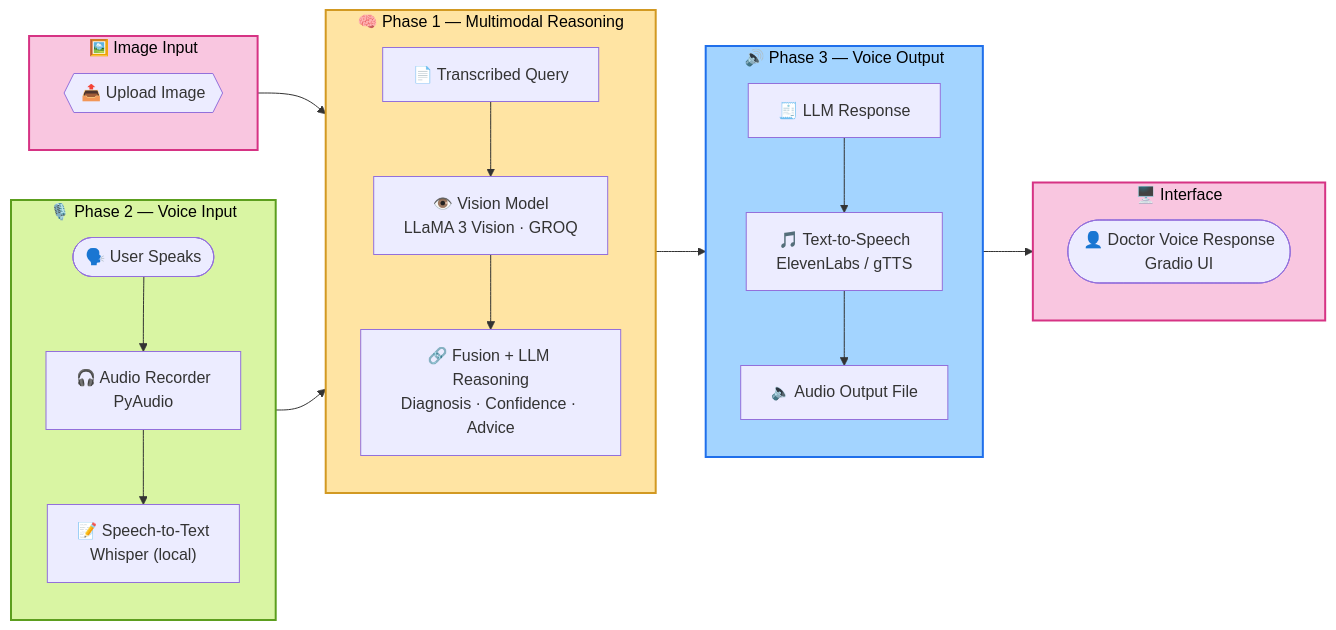
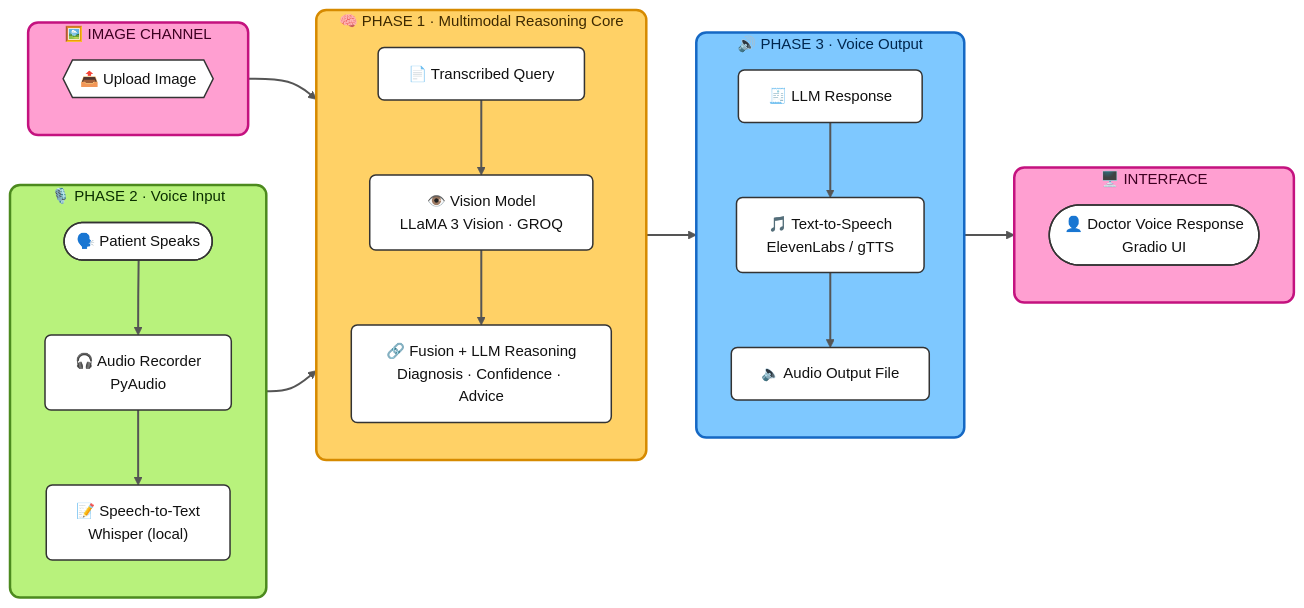
Before and after one commit to MirAb-77/VITA-Multimodal-Clinical-Decision-Support-Assistant-: the diagram in README.md, drawn with Mermaid. The commit also changed other lines of this file, not shown here.

````diff
--- a/README.md
+++ b/README.md
@@ -57,41 +50,52 @@
 ```mermaid
+%%{init: {'theme': 'base', 'themeVariables': { 'fontFamily': 'Segoe UI, sans-serif', 'fontSize': '15px'}}}%%
 flowchart LR
-    subgraph P2["🎙️ Phase 2 — Voice Input"]
+    subgraph P2["🎙️ PHASE 2 · Voice Input"]
         direction TB
-        A1(["🗣️ User Speaks"]) --> A2["🎧 Audio Recorder<br/>PyAudio"]
+        A1(["🗣️ Patient Speaks"]) --> A2["🎧 Audio Recorder<br/>PyAudio"]
         A2 --> A3["📝 Speech-to-Text<br/>Whisper (local)"]
     end
 
-    subgraph P4["🖼️ Image Input"]
+    subgraph P4["🖼️ IMAGE CHANNEL"]
         direction TB
         B1{{"📤 Upload Image"}}
     end
 
-    subgraph P1["🧠 Phase 1 — Multimodal Reasoning"]
+    subgraph P1["🧠 PHASE 1 · Multimodal Reasoning Core"]
         direction TB
         C1["📄 Transcribed Query"] --> C2["👁️ Vision Model<br/>LLaMA 3 Vision · GROQ"]
         C2 --> C3["🔗 Fusion + LLM Reasoning<br/>Diagnosis · Confidence · Advice"]
     end
 
-    subgraph P3["🔊 Phase 3 — Voice Output"]
+    subgraph P3["🔊 PHASE 3 · Voice Output"]
         direction TB
         D1["🧾 LLM Response"] --> D2["🎵 Text-to-Speech<br/>ElevenLabs / gTTS"]
         D2 --> D3["🔈 Audio Output File"]
     end
 
-    subgraph P5["🖥️ Interface"]
+    subgraph P5["🖥️ INTERFACE"]
         direction TB
         E1(["👤 Doctor Voice Response<br/>Gradio UI"])
     end
 
     A3 --> C1
     B1 --> C2
     C3 --> D1
     D3 --> E1
 
-    style P1 fill:#FFE4A3,stroke:#D29922,stroke-width:2px,color:#000
-    style P2 fill:#D9F5A3,stroke:#5C9E1E,stroke-width:2px,color:#000
-    style P3 fill:#A3D4FF,stroke:#1F6FEB,stroke-width:2px,color:#000
-    style P4 fill:#F9C6E0,stroke:#D63384,stroke-width:2px,color:#000
-    style P5 fill:#F9C6E0,stroke:#D63384,stroke-width:2px,color:#000
+    classDef phase2 fill:#B8F27C,stroke:#4C8A1E,stroke-width:2.5px,color:#0a2e00,rx:10,ry:10
+    classDef phase4 fill:#FF9FD1,stroke:#C4127F,stroke-width:2.5px,color:#3d0021,rx:10,ry:10
+    classDef phase1 fill:#FFD166,stroke:#D68A00,stroke-width:2.5px,color:#3d2900,rx:10,ry:10
+    classDef phase3 fill:#7EC8FF,stroke:#1568C4,stroke-width:2.5px,color:#00264d,rx:10,ry:10
+    classDef phase5 fill:#FF9FD1,stroke:#C4127F,stroke-width:2.5px,color:#3d0021,rx:10,ry:10
+    classDef nodeStyle fill:#ffffff,stroke:#333,stroke-width:1.5px,color:#111,rx:6,ry:6
+
+    class P2 phase2
+    class P4 phase4
+    class P1 phase1
+    class P3 phase3
+    class P5 phase5
+    class A1,A2,A3,B1,C1,C2,C3,D1,D2,D3,E1 nodeStyle
+
+    linkStyle default stroke:#555,stroke-width:2px
 ```
````
